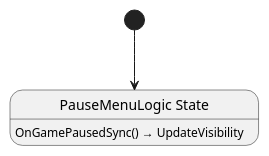
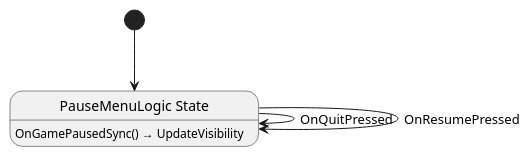
Before and after one commit to nilsiker/vardag-midnight-laundry: the diagram in src/pause_menu/state/PauseMenuLogic.g.puml, drawn with PlantUML. The commit also changed 12 other files, not shown here.

```diff
--- a/src/pause_menu/state/PauseMenuLogic.g.puml
+++ b/src/pause_menu/state/PauseMenuLogic.g.puml
@@ -1,6 +1,10 @@
 @startuml PauseMenuLogic
 state "PauseMenuLogic State" as Vardag_PauseMenuLogic_State
+
+Vardag_PauseMenuLogic_State --> Vardag_PauseMenuLogic_State : OnQuitPressed
+Vardag_PauseMenuLogic_State --> Vardag_PauseMenuLogic_State : OnResumePressed
+
 Vardag_PauseMenuLogic_State : OnGamePausedSync() → UpdateVisibility
 
 [*] --> Vardag_PauseMenuLogic_State
 @enduml
```
